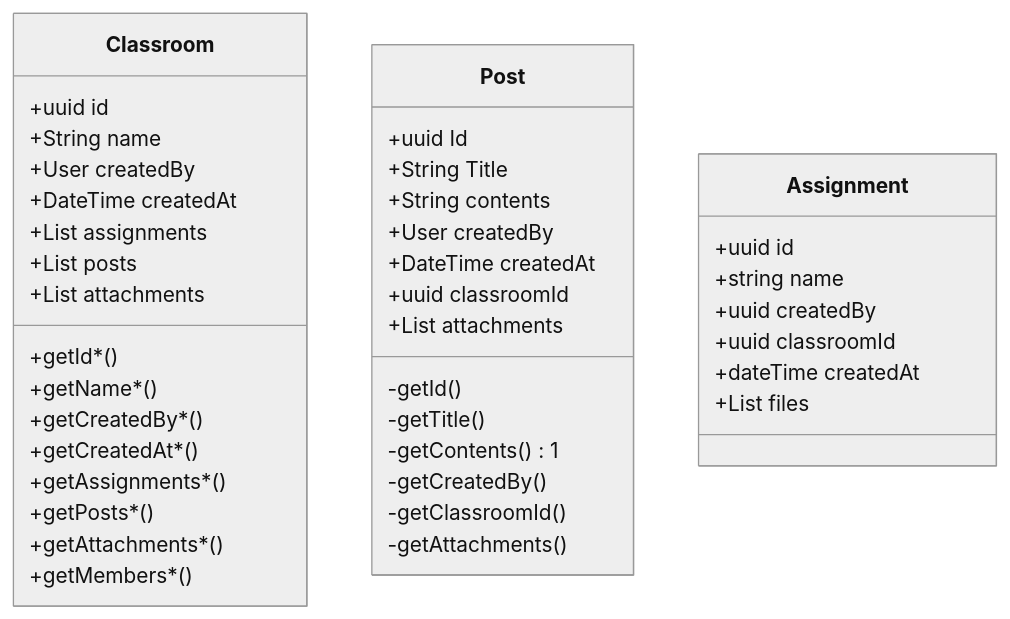
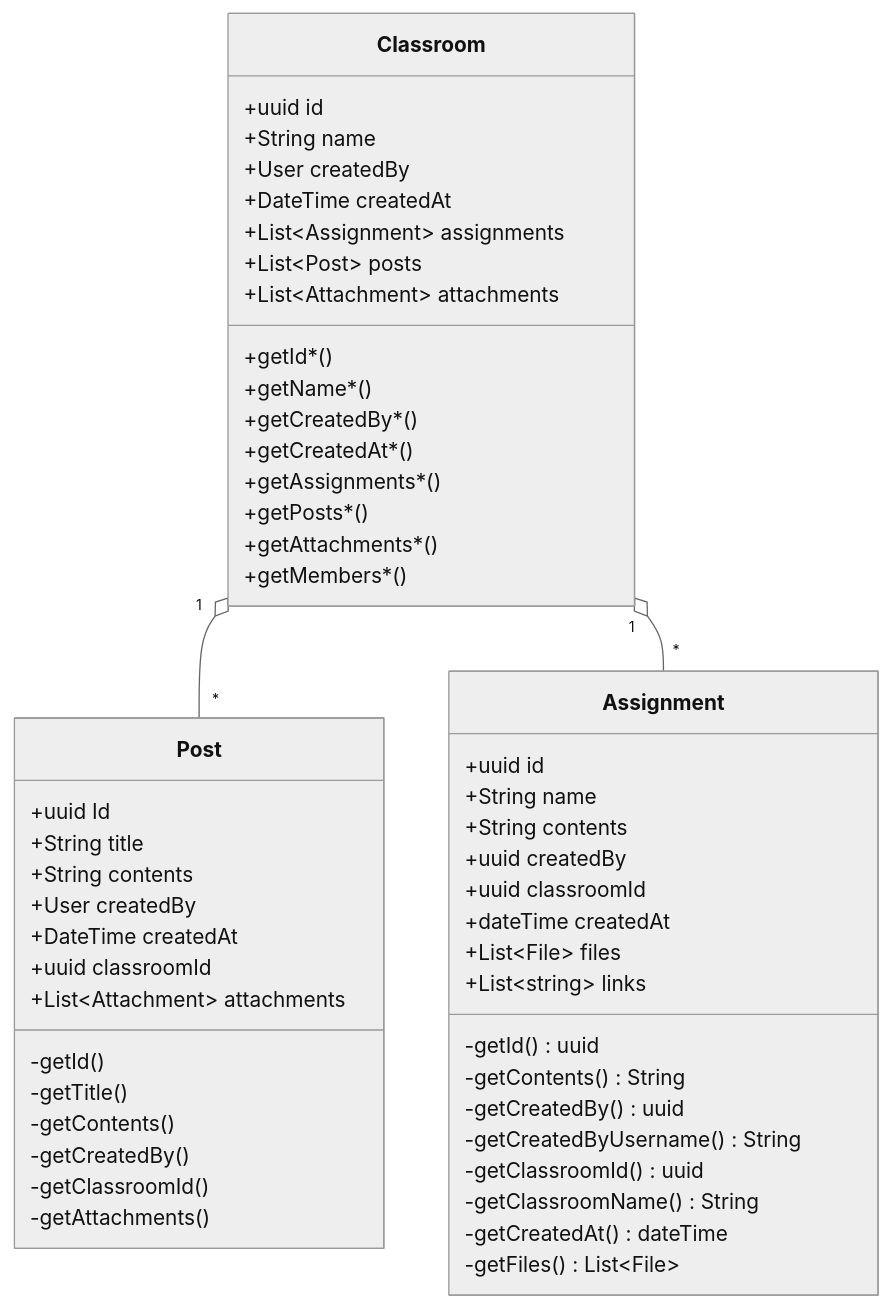
One commit to Pollak-Projects/lp changed the diagram in documentation/diagrams/classes.mermaid. Above: the diagram before and after it, drawn with Mermaid (neutral theme).

Commit message:
assignment class diagram somewhat done

```diff
--- a/documentation/diagrams/classes.mermaid
+++ b/documentation/diagrams/classes.mermaid
@@ -1,47 +1,62 @@
+%% https://creately.com/guides/class-diagram-relationships/ good reference for the types of arrows
 classDiagram
+    Classroom "1" o-- "*" Post
+    Classroom "1" o-- "*" Assignment
+
 
     class Classroom{
       +uuid id
       +String name
       +User createdBy
       +DateTime createdAt
-      +List<Assignment> assignments
-      +List<Post> posts
-      +List<Attachment> attachments
+      +List~Assignment~ assignments
+      +List~Post~ posts
+      +List~Attachment~ attachments
 
       
       +getId*()
       +getName*()
       +getCreatedBy*()
       +getCreatedAt*()
       +getAssignments*()
       +getPosts*()
       +getAttachments*()
       +getMembers*()
     }
 
     class Post{
       +uuid Id
-      +String Title
+      +String title
       +String contents
       +User createdBy
       +DateTime createdAt
       +uuid classroomId
-      +List<Attachment> attachments
+      +List~Attachment~ attachments
 
       -getId()
       -getTitle()
-      -getContents()1
+      -getContents()
       -getCreatedBy()
       -getClassroomId()
       -getAttachments()
     }
 
     class Assignment {
         +uuid id
-        +string name
+        +String name
+        +String contents
         +uuid createdBy
         +uuid classroomId
         +dateTime createdAt
-        +List<File> files
+        +List~File~ files
+        +List~string~ links
+
+        -getId()uuid
+        -getContents() String
+        -getCreatedBy() uuid
+        -getCreatedByUsername() String
+        -getClassroomId() uuid
+        -getClassroomName() String
+        -getCreatedAt() dateTime
+        -getFiles() List~File~
     }
```
